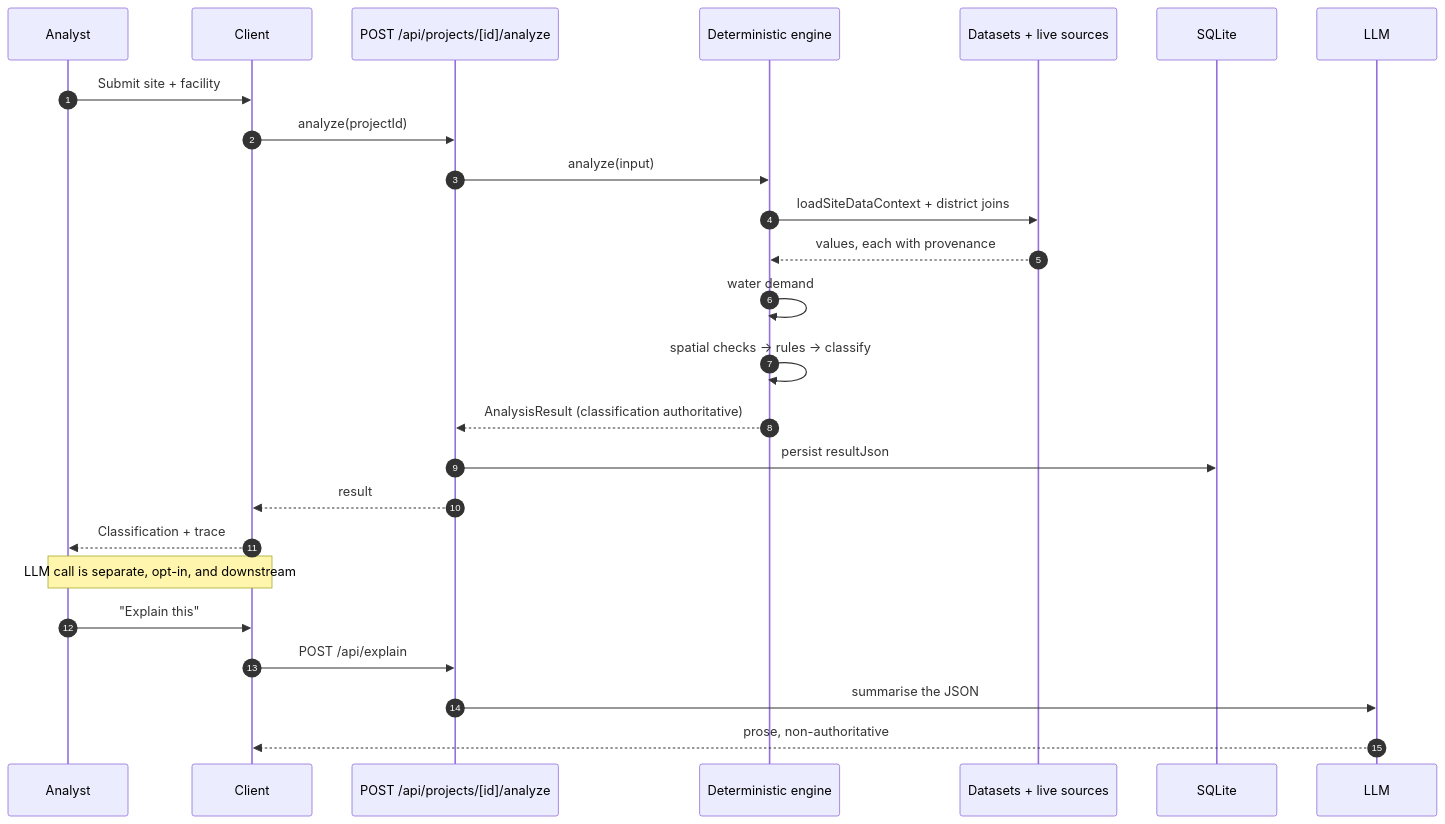
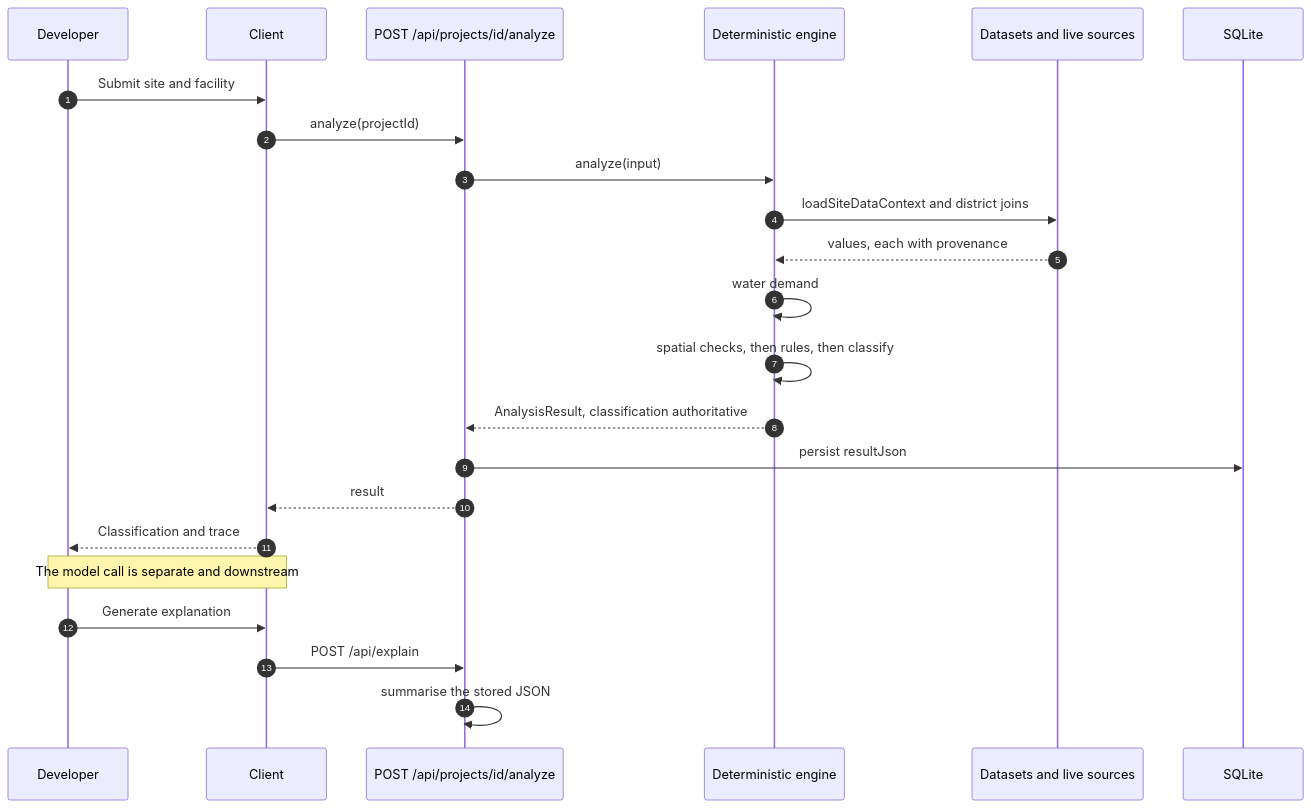
One commit to dsouza-shaun/jaldrishti changed the second of 7 diagrams in TECHNICAL_APPROACH.md. Above: the diagram before and after it, drawn with Mermaid. The commit also changed other lines of this file and 14 other files, not shown here.

````diff
--- a/TECHNICAL_APPROACH.md
+++ b/TECHNICAL_APPROACH.md
@@ -314,28 +187,27 @@
 ```mermaid
 sequenceDiagram
     autonumber
-    participant U as Analyst
+    participant D as Developer
     participant UI as Client
-    participant API as POST /api/projects/[id]/analyze
+    participant API as POST /api/projects/id/analyze
     participant E as Deterministic engine
-    participant D as Datasets + live sources
+    participant P as Datasets and live sources
     participant DB as SQLite
 
-    U->>UI: Submit site + facility
+    D->>UI: Submit site and facility
     UI->>API: analyze(projectId)
     API->>E: analyze(input)
-    E->>D: loadSiteDataContext + district joins
-    D-->>E: values, each with provenance
+    E->>P: loadSiteDataContext and district joins
+    P-->>E: values, each with provenance
     E->>E: water demand
-    E->>E: spatial checks → rules → classify
-    E-->>API: AnalysisResult (classification authoritative)
+    E->>E: spatial checks, then rules, then classify
+    E-->>API: AnalysisResult, classification authoritative
     API->>DB: persist resultJson
     API-->>UI: result
-    UI-->>U: Classification + trace
+    UI-->>D: Classification and trace
 
-    Note over U,UI: LLM call is separate, opt-in, and downstream
-    U->>UI: "Explain this"
+    Note over D,UI: The model call is separate and downstream
+    D->>UI: Generate explanation
     UI->>API: POST /api/explain
-    API->>LLM: summarise the JSON
-    LLM-->>UI: prose, non-authoritative
+    API->>API: summarise the stored JSON
 ```
````
